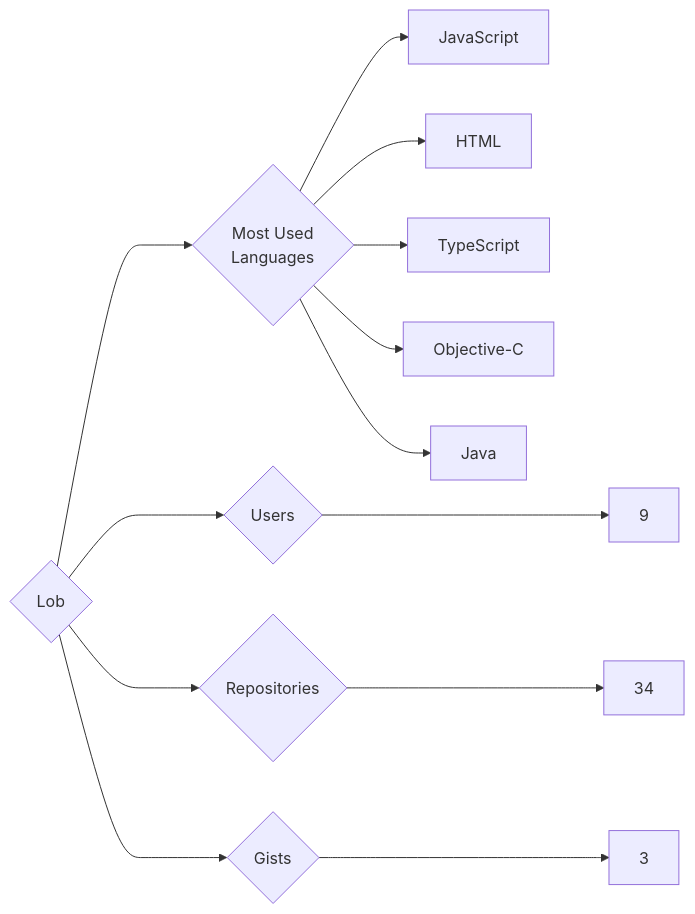
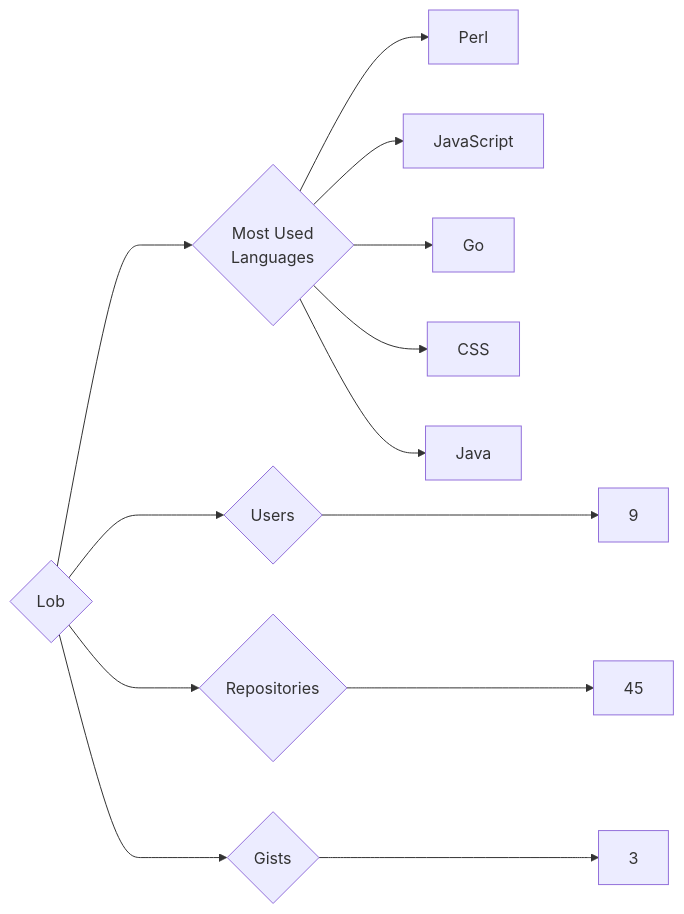
The diagram in targets/Lob/README.md (trickest/insiders), drawn with Mermaid before and after one commit. The commit also changed 894 other files, not shown here.

````diff
--- a/targets/Lob/README.md
+++ b/targets/Lob/README.md
@@ -3,13 +3,13 @@
 ```mermaid
 graph LR
 COMPANY_NAME{Lob}
 COMPANY_NAME ---> U{Users} ---> UN[9]
-COMPANY_NAME ---> R{Repositories} ---> RN[34]
+COMPANY_NAME ---> R{Repositories} ---> RN[45]
 COMPANY_NAME ---> G{Gists} ---> GN[3]
 COMPANY_NAME ---> ML{Most Used<br>Languages}
+ML --> Perl[Perl]
 ML --> JavaScript[JavaScript]
-ML --> HTML[HTML]
-ML --> TypeScript[TypeScript]
-ML --> Objective-C[Objective-C]
+ML --> Go[Go]
+ML --> CSS[CSS]
 ML --> Java[Java]
 ```
````
